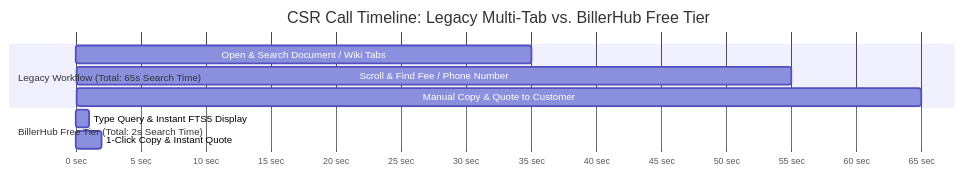
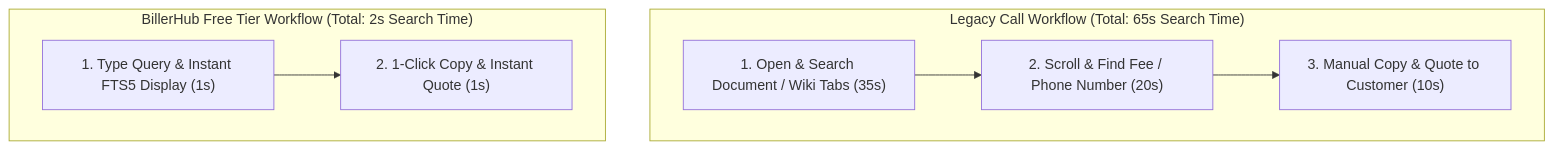
The sixth of 8 diagrams in synced-docs/cf-admin/documentation/archive/DO NOT SCAN!/CLOUDFLARE_PROD_DEPLOYMENT_PLAN.md (Harshil8136/chess-game1), drawn with Mermaid before and after one commit. The commit also changed other lines of this file and 4 other files, not shown here.

````diff
--- a/synced-docs/cf-admin/documentation/archive/DO NOT SCAN!/CLOUDFLARE_PROD_DEPLOYMENT_PLAN.md
+++ b/synced-docs/cf-admin/documentation/archive/DO NOT SCAN!/CLOUDFLARE_PROD_DEPLOYMENT_PLAN.md
@@ -233,15 +233,11 @@
 ```mermaid
-gantt
-    title CSR Call Timeline: Legacy Multi-Tab vs. BillerHub Free Tier
-    dateFormat X
-    axisFormat %s sec
+flowchart TD
+    subgraph LegacyTime ["Legacy Call Workflow (Total: 65s Search Time)"]
+        L1["1. Open & Search Document / Wiki Tabs (35s)"] --> L2["2. Scroll & Find Fee / Phone Number (20s)"]
+        L2 --> L3["3. Manual Copy & Quote to Customer (10s)"]
+    end
 
-    section Legacy Workflow (Total: 65s Search Time)
-    Open & Search Document / Wiki Tabs    :0, 35
-    Scroll & Find Fee / Phone Number       :35, 55
-    Manual Copy & Quote to Customer       :55, 65
-
-    section BillerHub Free Tier (Total: 2s Search Time)
-    Type Query & Instant FTS5 Display     :0, 1
-    1-Click Copy & Instant Quote          :1, 2
+    subgraph FastTime ["BillerHub Free Tier Workflow (Total: 2s Search Time)"]
+        F1["1. Type Query & Instant FTS5 Display (1s)"] --> F2["2. 1-Click Copy & Instant Quote (1s)"]
+    end
 ```
````
